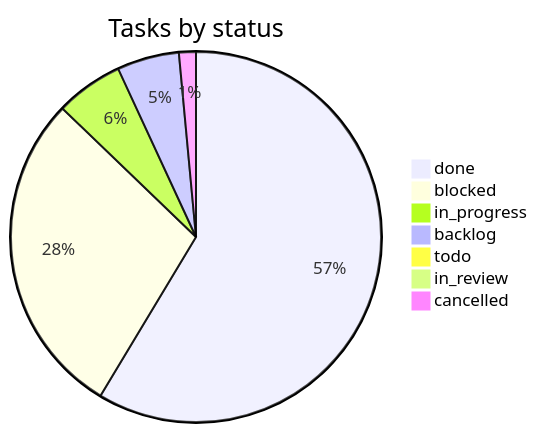
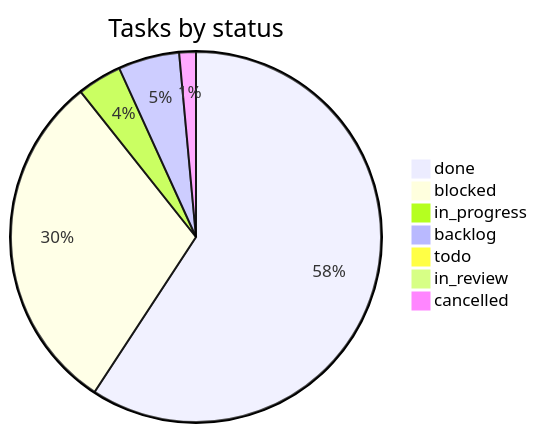
One commit to vulcanflow/docs changed the second of 2 diagrams in PROGRESS.md. Above: the diagram before and after it, drawn with Mermaid. The commit also changed other lines of this file and 1 other file, not shown here.

Commit message:
progress: 2 deliveries (VFL-265, VFL-106), 8 status changes, 2 new tasks (VFL-268, VFL-269) (#93)

````diff
--- a/PROGRESS.md
+++ b/PROGRESS.md
@@ -58,10 +58,10 @@
 ```mermaid
 pie title Tasks by status
-  "done" : 119
-  "blocked" : 58
-  "in_progress" : 12
+  "done" : 122
+  "blocked" : 62
+  "in_progress" : 8
   "backlog" : 11
   "todo" : 2
-  "in_review" : 2
+  "in_review" : 1
   "cancelled" : 3
 ```
````
